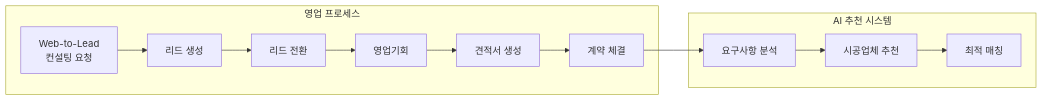
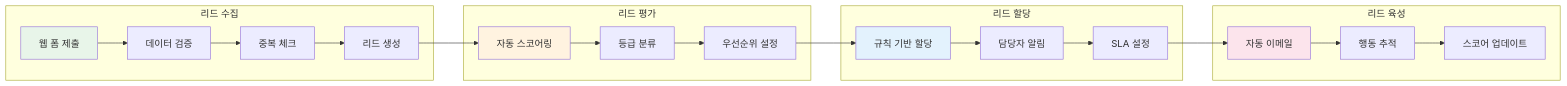
Before and after one commit to WJY-ador/Salesforce_Yashija_Project: the second of 2 diagrams in README.md, drawn with Mermaid. The commit also changed other lines of this file, not shown here.

````diff
--- a/README.md
+++ b/README.md
@@ -87,17 +264,31 @@
 ```mermaid
-flowchart LR
-    subgraph "영업 프로세스"
-        A[Web-to-Lead<br>컨설팅 요청] --> B[리드 생성]
-        B --> C[리드 전환]
-        C --> D[영업기회]
-        D --> E[견적서 생성]
-        E --> F[계약 체결]
+graph LR
+    subgraph "리드 수집"
+        A[웹 폼 제출] --> B[데이터 검증]
+        B --> C[중복 체크]
+        C --> D[리드 생성]
     end
     
-    subgraph "AI 추천 시스템"
-        G[요구사항 분석] --> H[시공업체 추천]
-        H --> I[최적 매칭]
+    subgraph "리드 평가"
+        D --> E[자동 스코어링]
+        E --> F[등급 분류]
+        F --> G[우선순위 설정]
     end
     
-    F --> G
+    subgraph "리드 할당"
+        G --> H[규칙 기반 할당]
+        H --> I[담당자 알림]
+        I --> J[SLA 설정]
+    end
+    
+    subgraph "리드 육성"
+        J --> K[자동 이메일]
+        K --> L[행동 추적]
+        L --> M[스코어 업데이트]
+    end
+    
+    style A fill:#E8F5E9
+    style E fill:#FFF3E0
+    style H fill:#E3F2FD
+    style K fill:#FCE4EC
 ```
````
